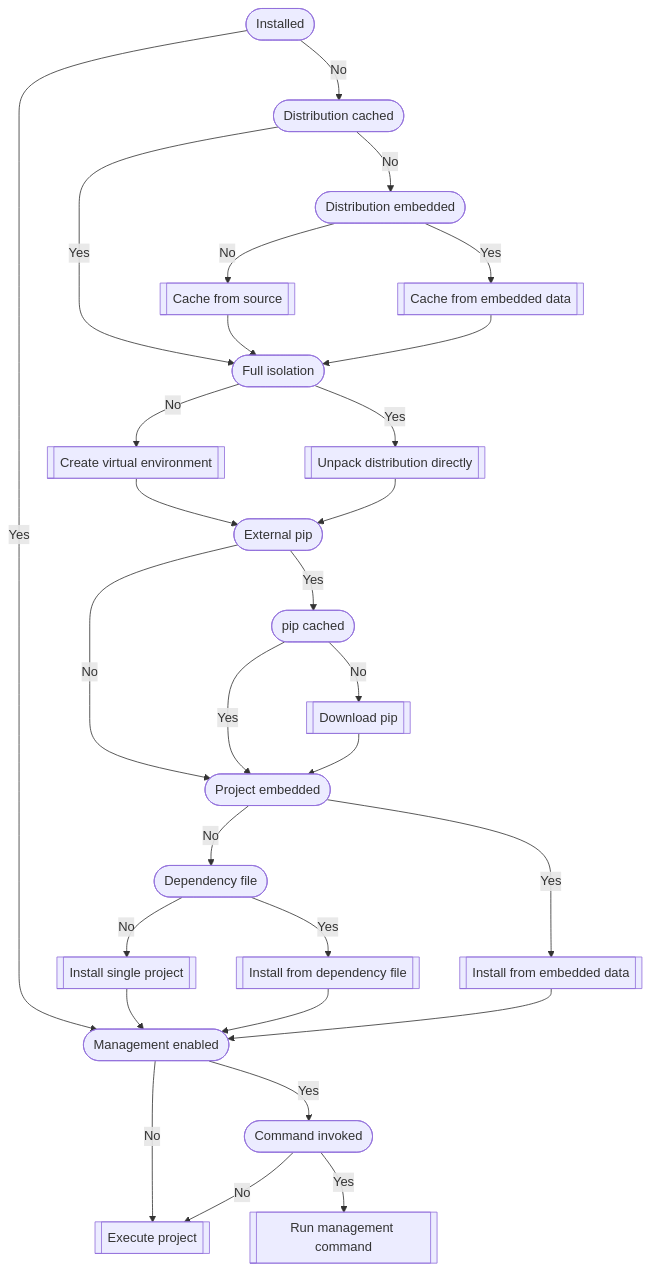
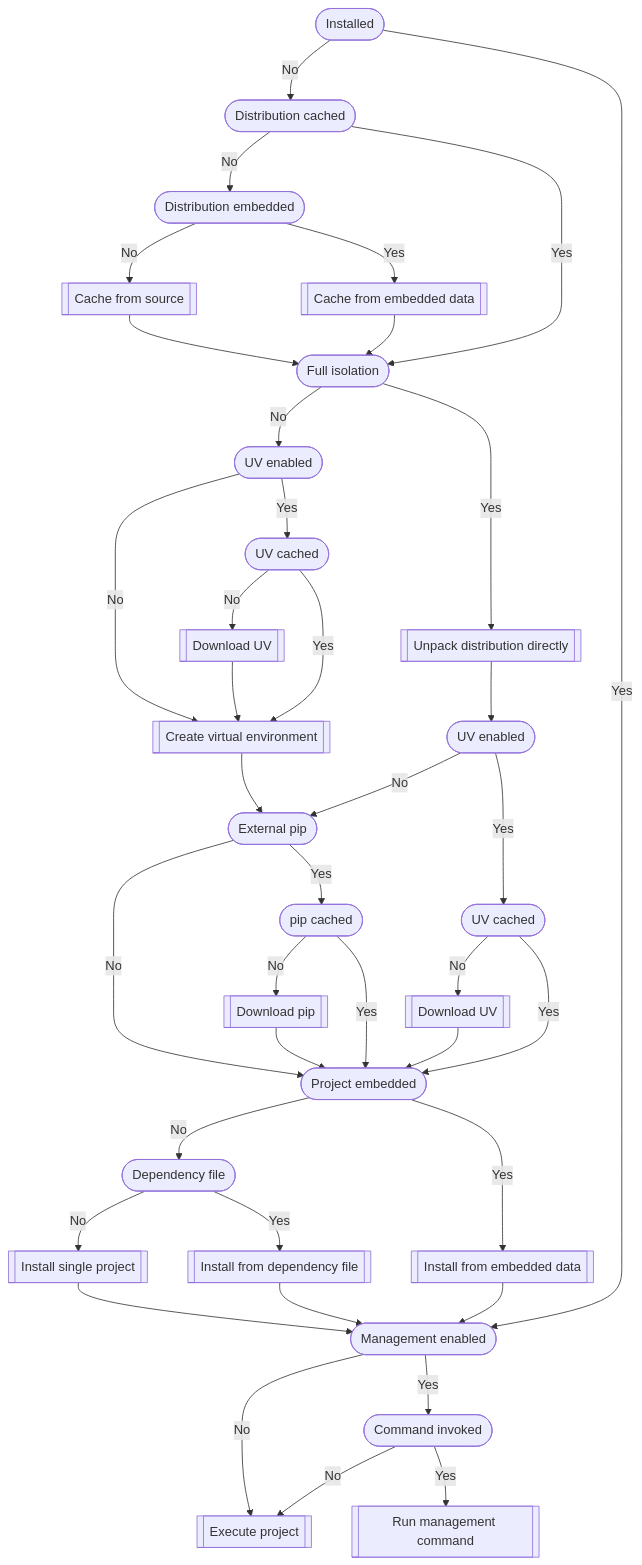
Before and after one commit to ofek/pyapp: the diagram in docs/runtime.md, drawn with Mermaid. The commit also changed 6 other files, not shown here.

````diff
--- a/docs/runtime.md
+++ b/docs/runtime.md
@@ -14,43 +14,55 @@
 ```mermaid
 flowchart TD
     INSTALLED([Installed]) -- No --> DISTCACHED([Distribution cached])
     INSTALLED -- Yes --> MNG([Management enabled])
     DISTCACHED -- No --> DISTEMBEDDED([Distribution embedded])
     DISTCACHED -- Yes --> FULLISOLATION([Full isolation])
     DISTEMBEDDED -- No --> DISTSOURCE[[Cache from source]]
     DISTEMBEDDED -- Yes --> DISTEXTRACT[[Cache from embedded data]]
     DISTSOURCE --> FULLISOLATION
     DISTEXTRACT --> FULLISOLATION
-    FULLISOLATION -- No --> VENV[[Create virtual environment]]
+    FULLISOLATION -- No --> UVENABLED([UV enabled])
+    UVENABLED -- No --> VENV[[Create virtual environment]]
+    UVENABLED -- Yes --> UVCACHED([UV cached])
+    UVCACHED -- No --> DOWNLOADUV[[Download UV]]
+    UVCACHED -- Yes --> VENV
+    DOWNLOADUV --> VENV
     FULLISOLATION -- Yes --> UNPACK[[Unpack distribution directly]]
+    UNPACK --> UVENABLEDUNPACK([UV enabled])
+    UVENABLEDUNPACK -- No --> EXTERNALPIP[[External pip]]
+    UVENABLEDUNPACK -- Yes --> UVCACHEDUNPACK([UV cached])
+    UVCACHEDUNPACK -- No --> DOWNLOADUVUNPACK[[Download UV]]
     EXTERNALPIP([External pip]) -- No --> PROJEMBEDDED([Project embedded])
     EXTERNALPIP -- Yes --> PIPCACHED([pip cached])
     PIPCACHED -- No --> DOWNLOADPIP[[Download pip]]
     PIPCACHED -- Yes --> PROJEMBEDDED([Project embedded])
     DOWNLOADPIP --> PROJEMBEDDED
     PROJEMBEDDED -- No --> DEPFILE([Dependency file])
     PROJEMBEDDED -- Yes --> PROJEMBED[[Install from embedded data]]
     DEPFILE -- No --> SINGLEPROJECT[[Install single project]]
     DEPFILE -- Yes --> DEPFILEINSTALL[[Install from dependency file]]
+    UVCACHEDUNPACK -- Yes --> PROJEMBEDDED
+    DOWNLOADUVUNPACK --> PROJEMBEDDED
+    VENV --> EXTERNALPIP
     SINGLEPROJECT --> MNG
     DEPFILEINSTALL --> MNG
     PROJEMBED --> MNG
-    VENV --> EXTERNALPIP
-    UNPACK --> EXTERNALPIP
     MNG -- No --> EXECUTE[[Execute project]]
     MNG -- Yes --> MNGCMD([Command invoked])
     MNGCMD -- No --> EXECUTE
     MNGCMD -- Yes --> MANAGE[[Run management command]]
     click DISTEMBEDDED href "../config/#distribution-embedding"
     click FULLISOLATION href "../config/#full-isolation"
+    click UVENABLED href "../config/#uv"
+    click UVENABLEDUNPACK href "../config/#uv"
     click EXTERNALPIP href "../config/#externally-managed"
     click PROJEMBEDDED href "../config/#project-embedding"
     click DEPFILE href "../config/#dependency-file"
     click SINGLEPROJECT href "../config/#package-index"
     click DEPFILEINSTALL href "../config/#dependency-file"
     click PROJEMBED href "../config/#project-embedding"
     click MNG href "../config/#management-command"
     click MNGCMD href "../config/#management-command"
     click MANAGE href "#commands"
     click EXECUTE href "../config/#execution-mode"
 ```
````
